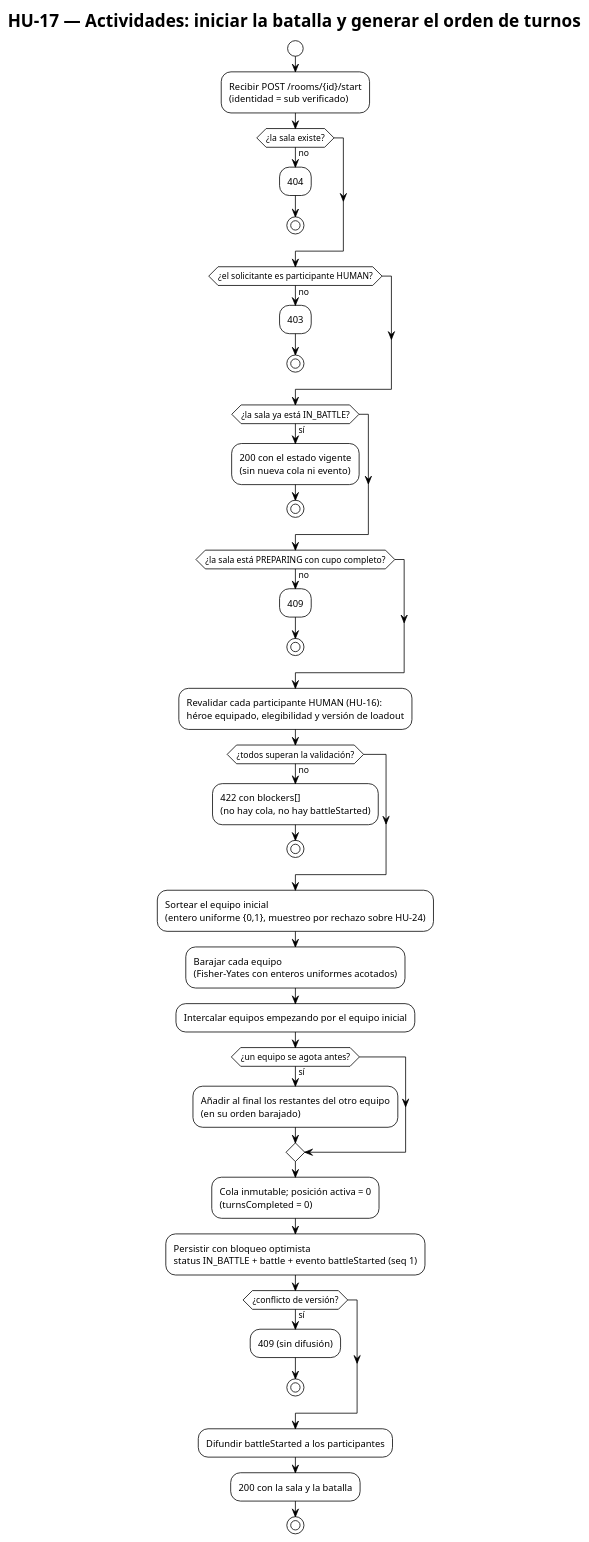
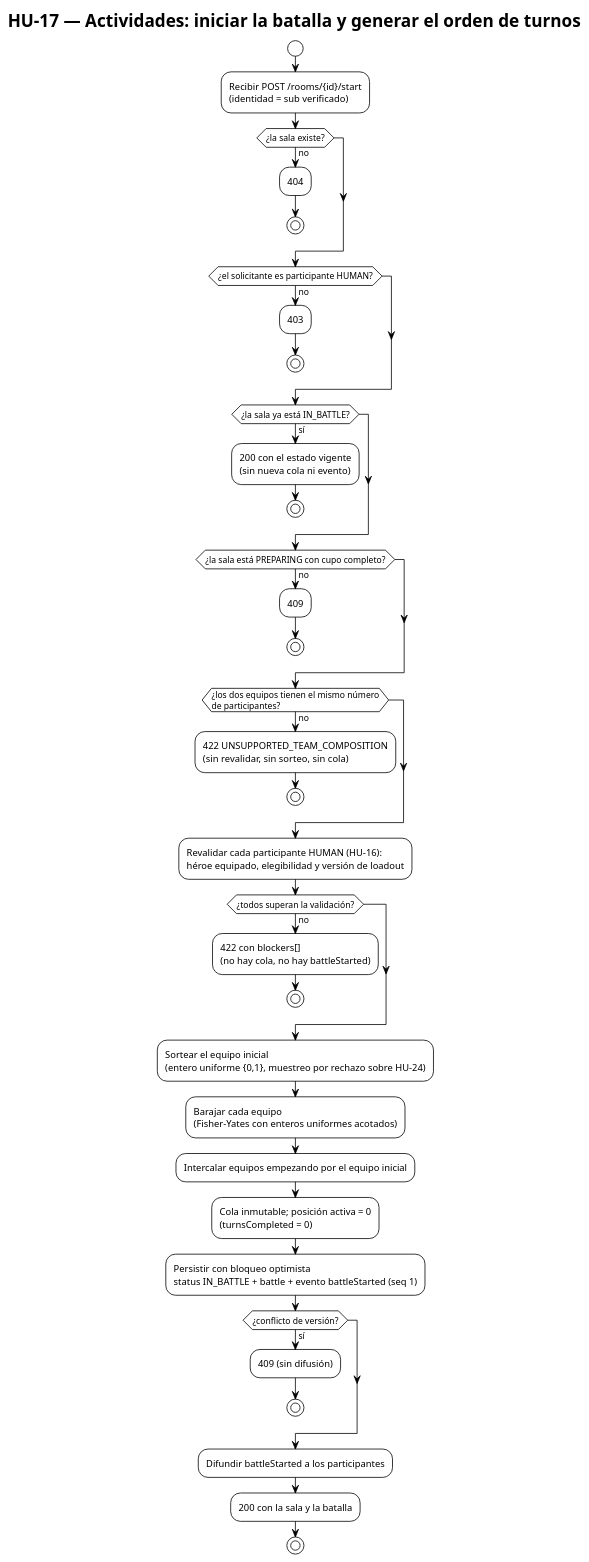
One commit to Nexus-Battle-VI/Nexus-Battle-Infrastructure changed the diagram in docs/diagrams/hu-17-activity-turn-order.puml. Above: the diagram before and after it, drawn with PlantUML. The commit also changed 3 other files, not shown here.

First line of the commit message:
docs(architecture): [HU-17] precisar quien inicia, equipos desiguales, semilla y resume sin perdida

```diff
--- a/docs/diagrams/hu-17-activity-turn-order.puml
+++ b/docs/diagrams/hu-17-activity-turn-order.puml
@@ -1,46 +1,47 @@
 @startuml hu-17-activity-turn-order
 !theme plain
 title HU-17 — Actividades: iniciar la batalla y generar el orden de turnos
 
 skinparam defaultFontName sans-serif
 skinparam shadowing false
 
 start
 :Recibir POST /rooms/{id}/start\n(identidad = sub verificado);
 if (¿la sala existe?) then (no)
   :404;
   stop
 endif
 if (¿el solicitante es participante HUMAN?) then (no)
   :403;
   stop
 endif
 if (¿la sala ya está IN_BATTLE?) then (sí)
   :200 con el estado vigente\n(sin nueva cola ni evento);
   stop
 endif
 if (¿la sala está PREPARING con cupo completo?) then (no)
   :409;
   stop
 endif
+if (¿los dos equipos tienen el mismo número\nde participantes?) then (no)
+  :422 UNSUPPORTED_TEAM_COMPOSITION\n(sin revalidar, sin sorteo, sin cola);
+  stop
+endif
 :Revalidar cada participante HUMAN (HU-16):\nhéroe equipado, elegibilidad y versión de loadout;
 if (¿todos superan la validación?) then (no)
   :422 con blockers[]\n(no hay cola, no hay battleStarted);
   stop
 endif
 :Sortear el equipo inicial\n(entero uniforme {0,1}, muestreo por rechazo sobre HU-24);
 :Barajar cada equipo\n(Fisher-Yates con enteros uniformes acotados);
 :Intercalar equipos empezando por el equipo inicial;
-if (¿un equipo se agota antes?) then (sí)
-  :Añadir al final los restantes del otro equipo\n(en su orden barajado);
-endif
 :Cola inmutable; posición activa = 0\n(turnsCompleted = 0);
 :Persistir con bloqueo optimista\nstatus IN_BATTLE + battle + evento battleStarted (seq 1);
 if (¿conflicto de versión?) then (sí)
   :409 (sin difusión);
   stop
 endif
 :Difundir battleStarted a los participantes;
 :200 con la sala y la batalla;
 stop
 @enduml
```
